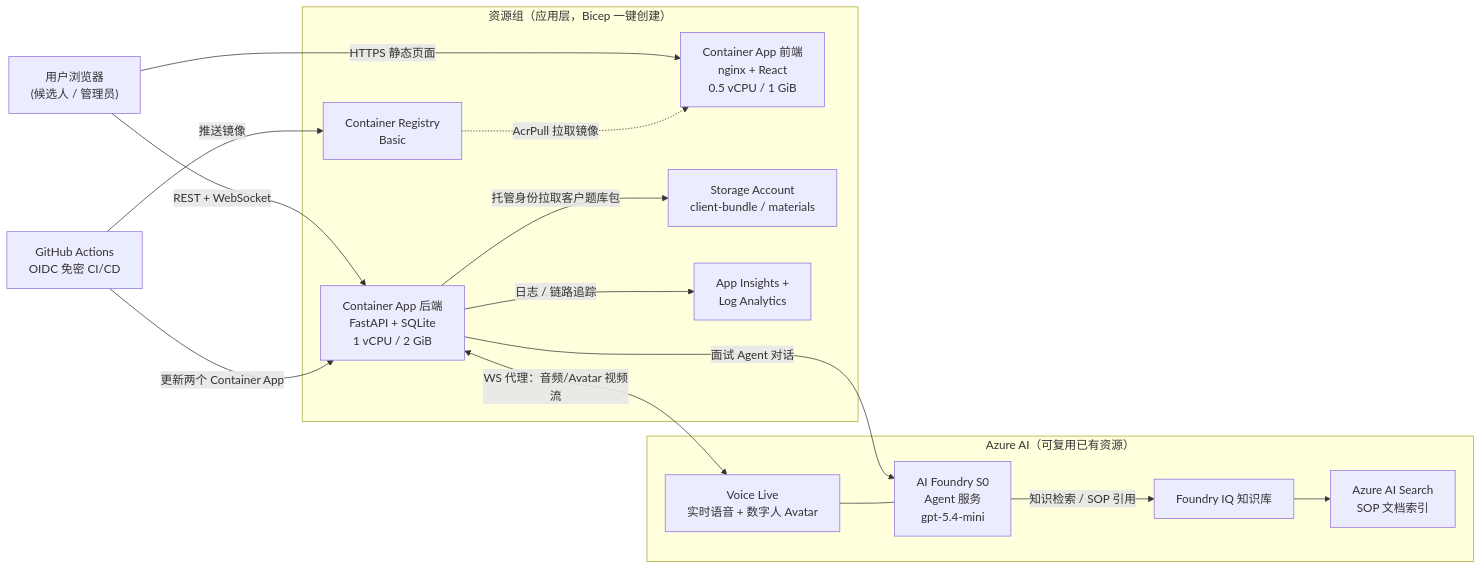
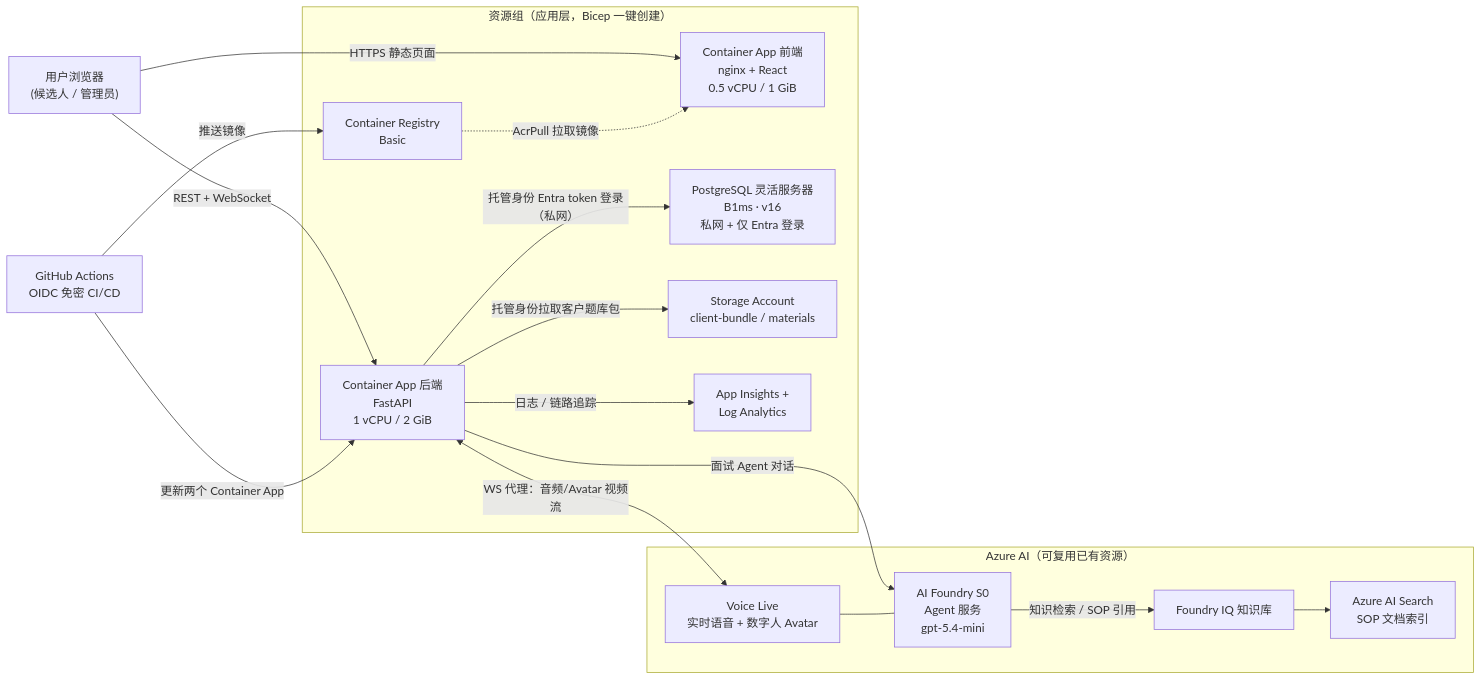
The diagram in docs/azure-resources/azure-architecture.mmd (huqianghui/AI-interview-vibe-coding), drawn with Mermaid before and after one commit. The commit also changed 26 other files, not shown here.

First line of the commit message:
v0.51.0.1 fix: PostgreSQL concurrency hardening + architecture docs for the PostgreSQL deployment (#193)

```diff
--- a/docs/azure-resources/azure-architecture.mmd
+++ b/docs/azure-resources/azure-architecture.mmd
@@ -1,32 +1,34 @@
 graph LR
   U["用户浏览器<br/>(候选人 / 管理员)"]
 
   subgraph RG["资源组（应用层，Bicep 一键创建）"]
     FE["Container App 前端<br/>nginx + React<br/>0.5 vCPU / 1 GiB"]
-    BE["Container App 后端<br/>FastAPI + SQLite<br/>1 vCPU / 2 GiB"]
+    BE["Container App 后端<br/>FastAPI<br/>1 vCPU / 2 GiB"]
+    PG["PostgreSQL 灵活服务器<br/>B1ms · v16<br/>私网 + 仅 Entra 登录"]
     ACR["Container Registry<br/>Basic"]
     ST["Storage Account<br/>client-bundle / materials"]
     MON["App Insights +<br/>Log Analytics"]
   end
 
   subgraph AIRES["Azure AI（可复用已有资源）"]
     FD["AI Foundry S0<br/>Agent 服务<br/>gpt-5.4-mini"]
     VL["Voice Live<br/>实时语音 + 数字人 Avatar"]
     KB["Foundry IQ 知识库"]
     AS["Azure AI Search<br/>SOP 文档索引"]
   end
 
   GH["GitHub Actions<br/>OIDC 免密 CI/CD"]
 
   U -->|"HTTPS 静态页面"| FE
   U -->|"REST + WebSocket"| BE
   BE -->|"面试 Agent 对话"| FD
   BE <-->|"WS 代理：音频/Avatar 视频流"| VL
   VL --- FD
   FD -->|"知识检索 / SOP 引用"| KB
   KB --> AS
   BE -->|"托管身份拉取客户题库包"| ST
+  BE -->|"托管身份 Entra token 登录（私网）"| PG
   BE -->|"日志 / 链路追踪"| MON
   GH -->|"推送镜像"| ACR
   GH -->|"更新两个 Container App"| BE
   ACR -.->|"AcrPull 拉取镜像"| FE
```
